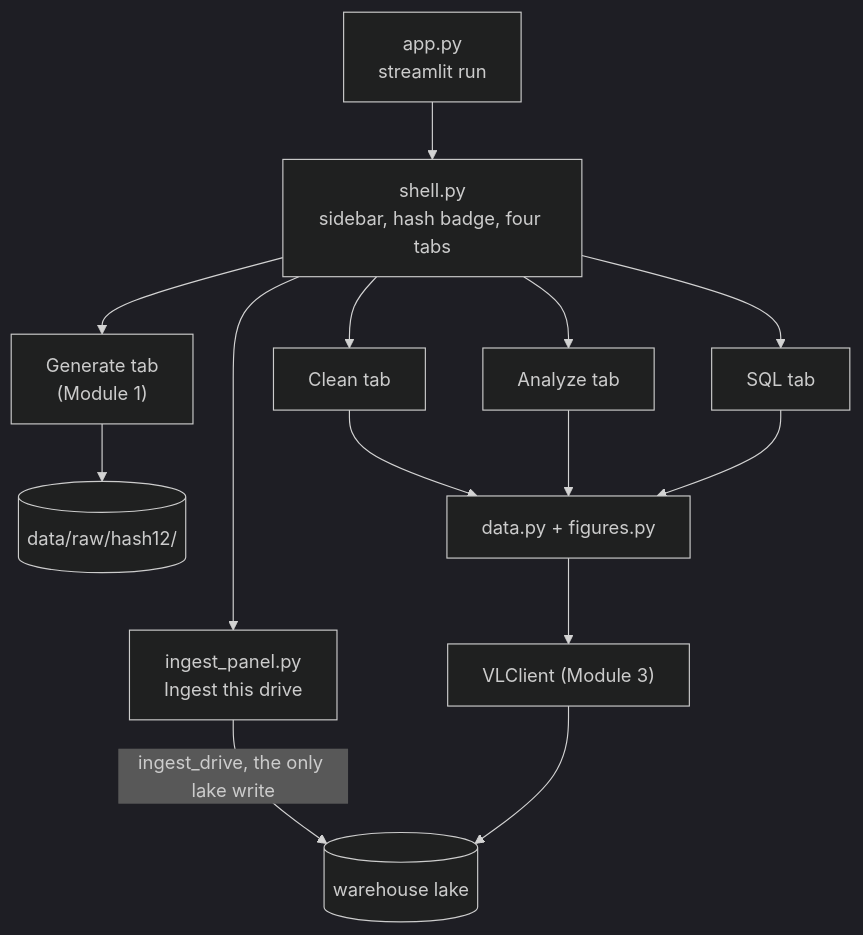
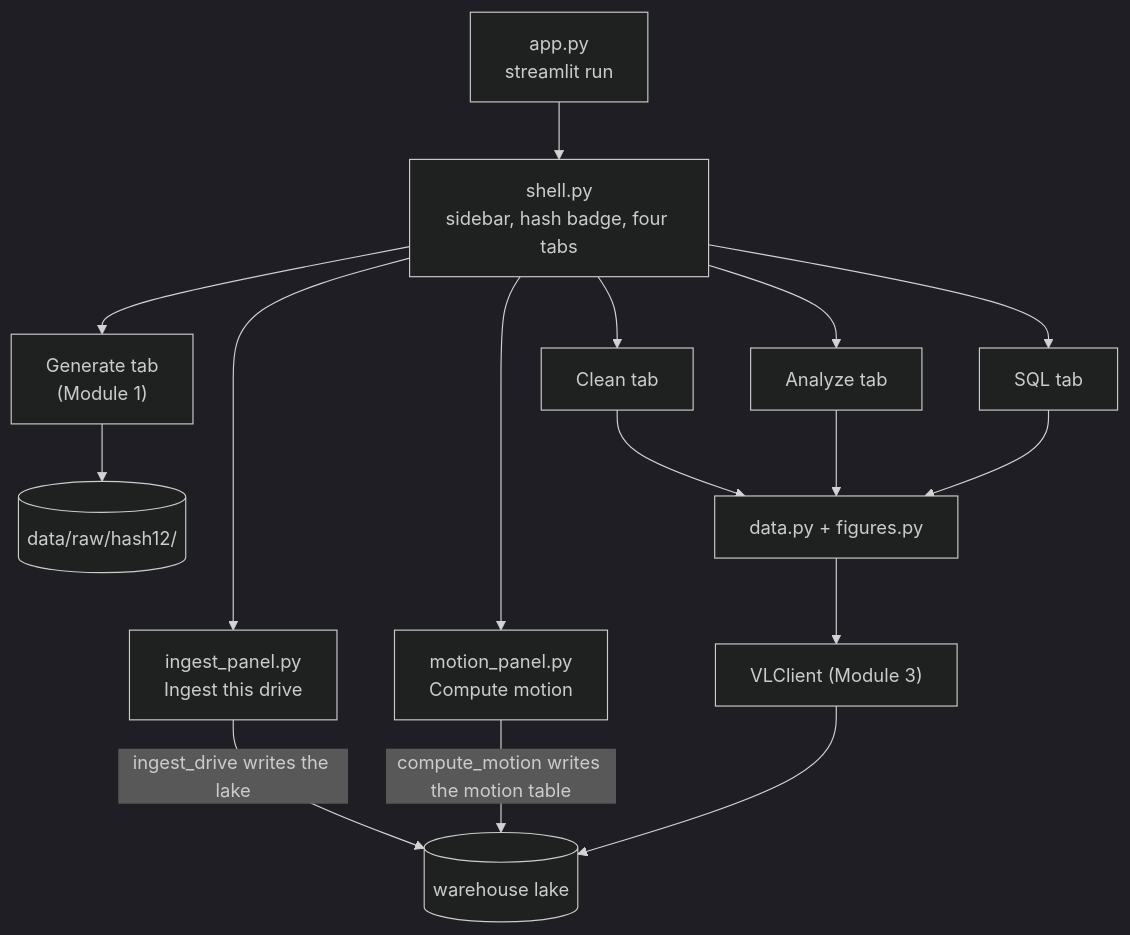
The fifth of 5 diagrams in docs/ENGINEERING_REPORT.md (shirap2/vl-data-product), drawn with Mermaid (dark theme) before and after one commit. The commit also changed other lines of this file and 1 other file, not shown here.

First line of the commit message:
docs: report shows the Module 4 Compute motion button

````diff
--- a/docs/ENGINEERING_REPORT.md
+++ b/docs/ENGINEERING_REPORT.md
@@ -463,16 +465,18 @@
 ```mermaid
 flowchart TB
   APP["app.py<br/>streamlit run"] --> SHELL["shell.py<br/>sidebar, hash badge, four tabs"]
   SHELL --> GEN["Generate tab<br/>(Module 1)"]
   SHELL --> CLEAN["Clean tab"]
   SHELL --> ANA["Analyze tab"]
   SHELL --> SQL["SQL tab"]
   SHELL --> ING["ingest_panel.py<br/>Ingest this drive"]
-  ING -->|ingest_drive, the only lake write| LAKE
+  ING -->|ingest_drive writes the lake| LAKE
+  SHELL --> MOP["motion_panel.py<br/>Compute motion"]
+  MOP -->|compute_motion writes the motion table| LAKE
   GEN --> RAW[("data/raw/hash12/")]
   CLEAN --> DATA["data.py + figures.py"]
   ANA --> DATA
   SQL --> DATA
   DATA --> CLIENT["VLClient (Module 3)"]
   CLIENT --> LAKE[("warehouse lake")]
 ```
````
